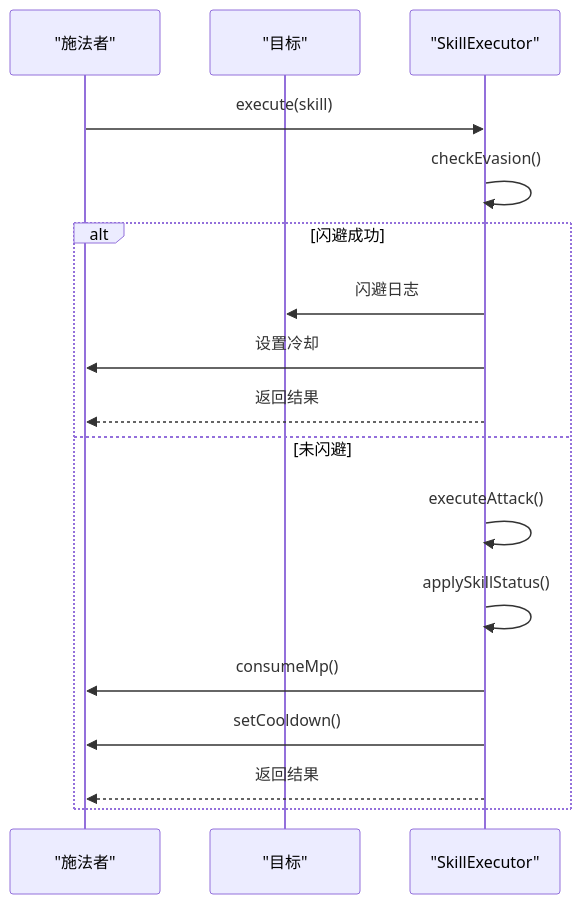
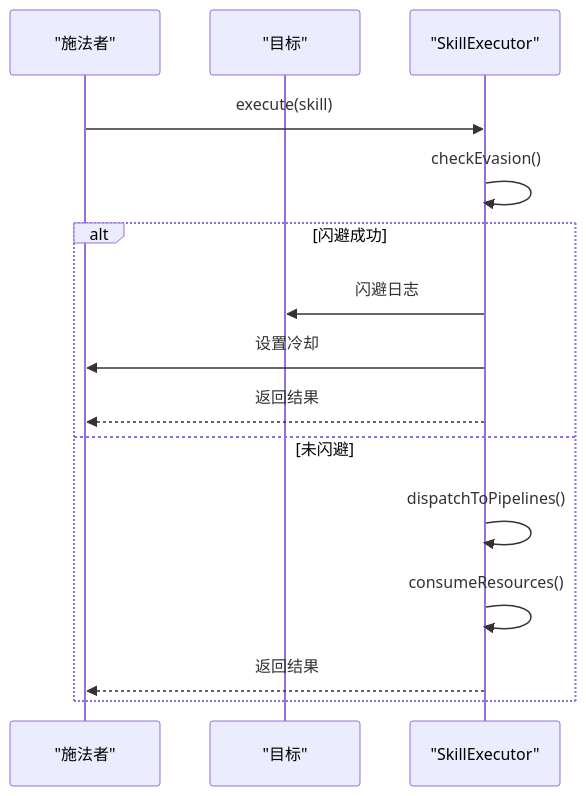
Before and after one commit to ChurchTao/Daoyou: the third of 5 diagrams in .qoder/repowiki/zh/content/核心功能模块/战斗系统/战斗引擎V2.md, drawn with Mermaid. The commit also changed other lines of this file and 5 other files, not shown here.

````diff
--- a/.qoder/repowiki/zh/content/核心功能模块/战斗系统/战斗引擎V2.md
+++ b/.qoder/repowiki/zh/content/核心功能模块/战斗系统/战斗引擎V2.md
@@ -142,19 +155,17 @@
 ```mermaid
 sequenceDiagram
 participant Caster as "施法者"
 participant Target as "目标"
 participant Executor as "SkillExecutor"
 Caster->>Executor : execute(skill)
 Executor->>Executor : checkEvasion()
 alt 闪避成功
 Executor->>Target : 闪避日志
 Executor->>Caster : 设置冷却
 Executor-->>Caster : 返回结果
 else 未闪避
-Executor->>Executor : executeAttack()
-Executor->>Executor : applySkillStatus()
-Executor->>Caster : consumeMp()
-Executor->>Caster : setCooldown()
+Executor->>Executor : dispatchToPipelines()
+Executor->>Executor : consumeResources()
 Executor-->>Caster : 返回结果
 end
 ```
````
